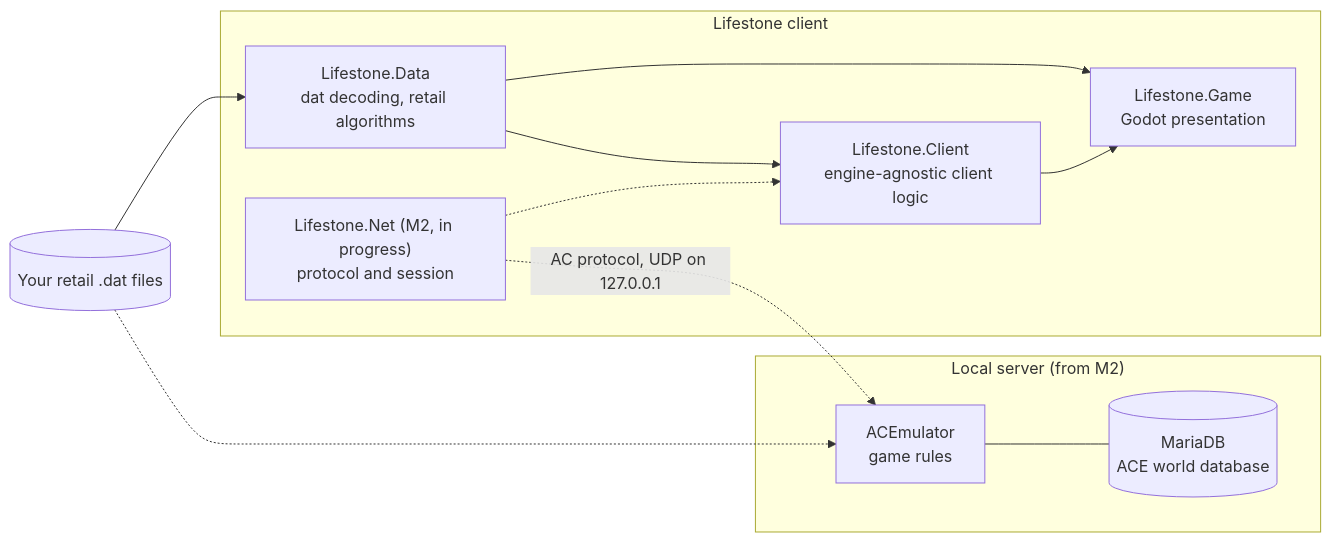
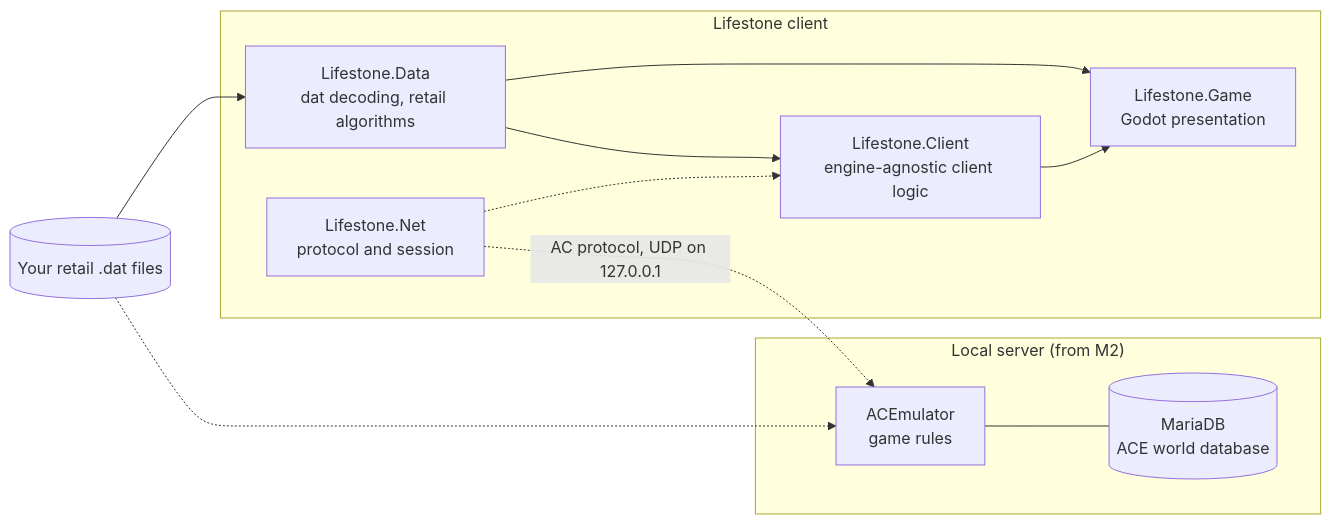
Before and after one commit to winniegreene/lifestone: the diagram in README.md, drawn with Mermaid. The commit also changed other lines of this file and 234 other files, not shown here.

````diff
--- a/README.md
+++ b/README.md
@@ -205,22 +206,22 @@
 ```mermaid
 flowchart LR
     dats[("Your retail .dat files")]
     subgraph lifestone ["Lifestone client"]
         data["Lifestone.Data<br/>dat decoding, retail algorithms"]
         client["Lifestone.Client<br/>engine-agnostic client logic"]
         game["Lifestone.Game<br/>Godot presentation"]
-        net["Lifestone.Net (M2, in progress)<br/>protocol and session"]
+        net["Lifestone.Net<br/>protocol and session"]
     end
     subgraph server ["Local server (from M2)"]
         ace["ACEmulator<br/>game rules"]
         db[("MariaDB<br/>ACE world database")]
     end
     dats --> data
     data --> client
     data --> game
     client --> game
     net -.-> client
     dats -.-> ace
     ace --- db
     net -.->|"AC protocol, UDP on 127.0.0.1"| ace
 ```
````
